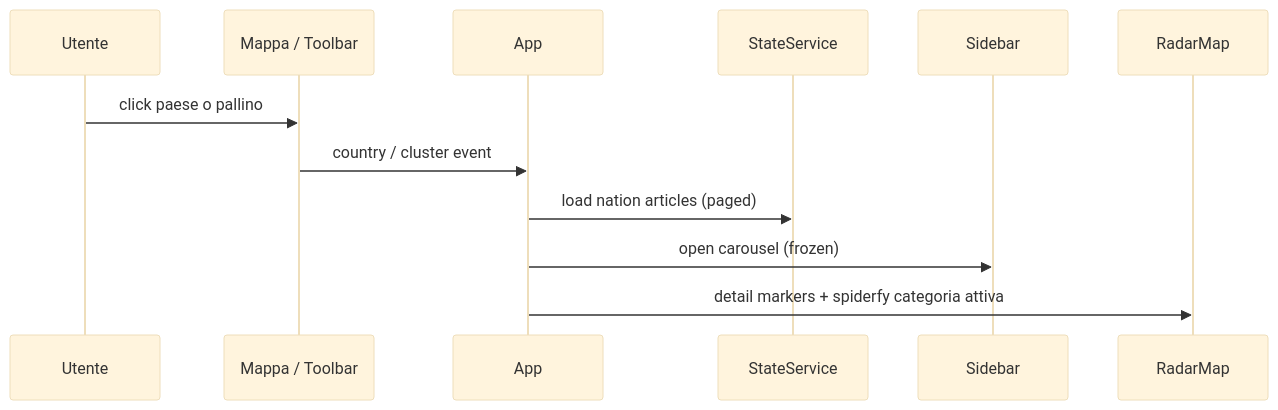
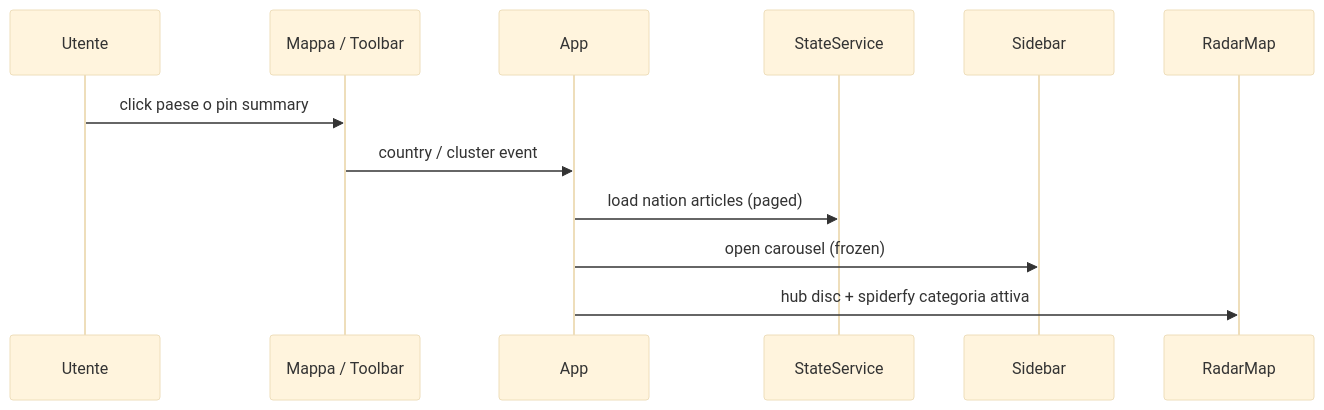
Before and after one commit to JiraaG/Intelligence-Dashboard: the diagram in docs/03_frontend_and_ui.md, drawn with Mermaid (base theme). The commit also changed other lines of this file and 16 other files, not shown here.

First line of the commit message:
fix(map): stable nation hub spiderfy + adaptive fan (restore point)

````diff
--- a/docs/03_frontend_and_ui.md
+++ b/docs/03_frontend_and_ui.md
@@ -93,15 +96,15 @@
 ```mermaid
 sequenceDiagram
   participant User as Utente
   participant MapUI as Mappa / Toolbar
   participant App as App
   participant State as StateService
   participant Sidebar as Sidebar
   participant Map as RadarMap
 
-  User->>MapUI: click paese o pallino
+  User->>MapUI: click paese o pin summary
   MapUI->>App: country / cluster event
   App->>State: load nation articles (paged)
   App->>Sidebar: open carousel (frozen)
-  App->>Map: detail markers + spiderfy categoria attiva
+  App->>Map: hub disc + spiderfy categoria attiva
 ```
````
